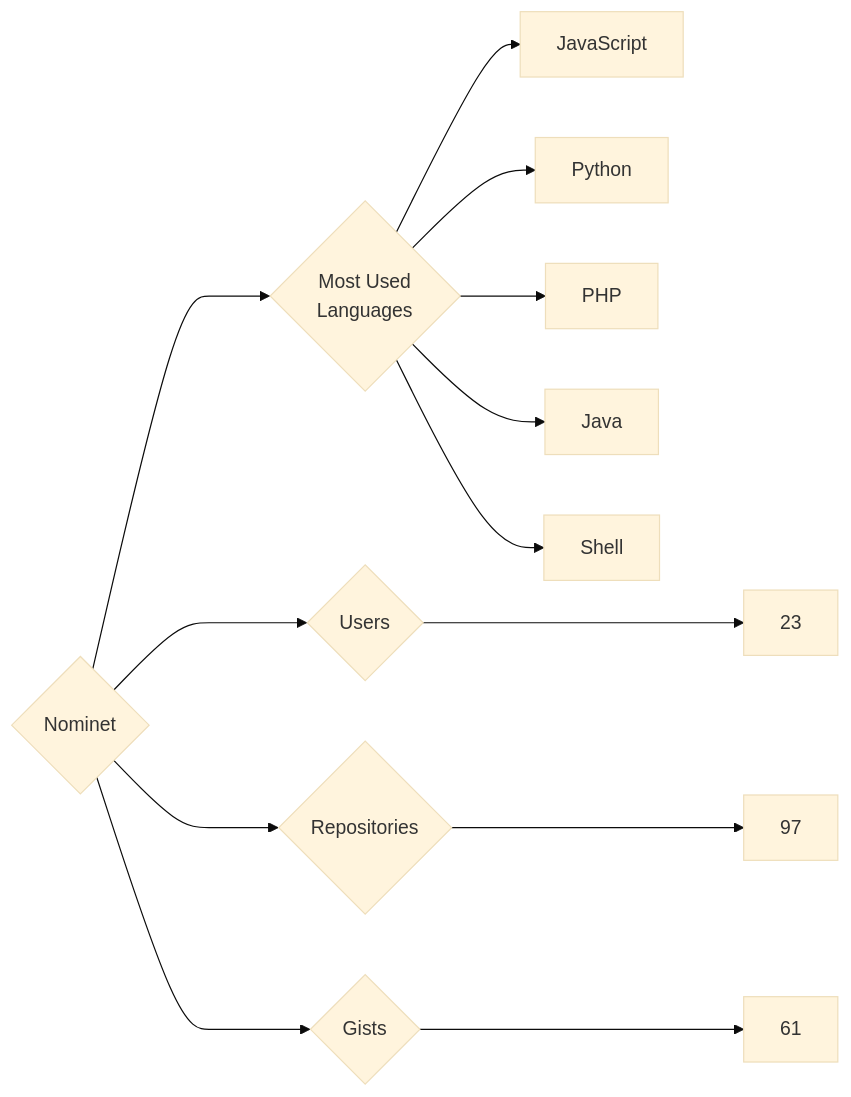
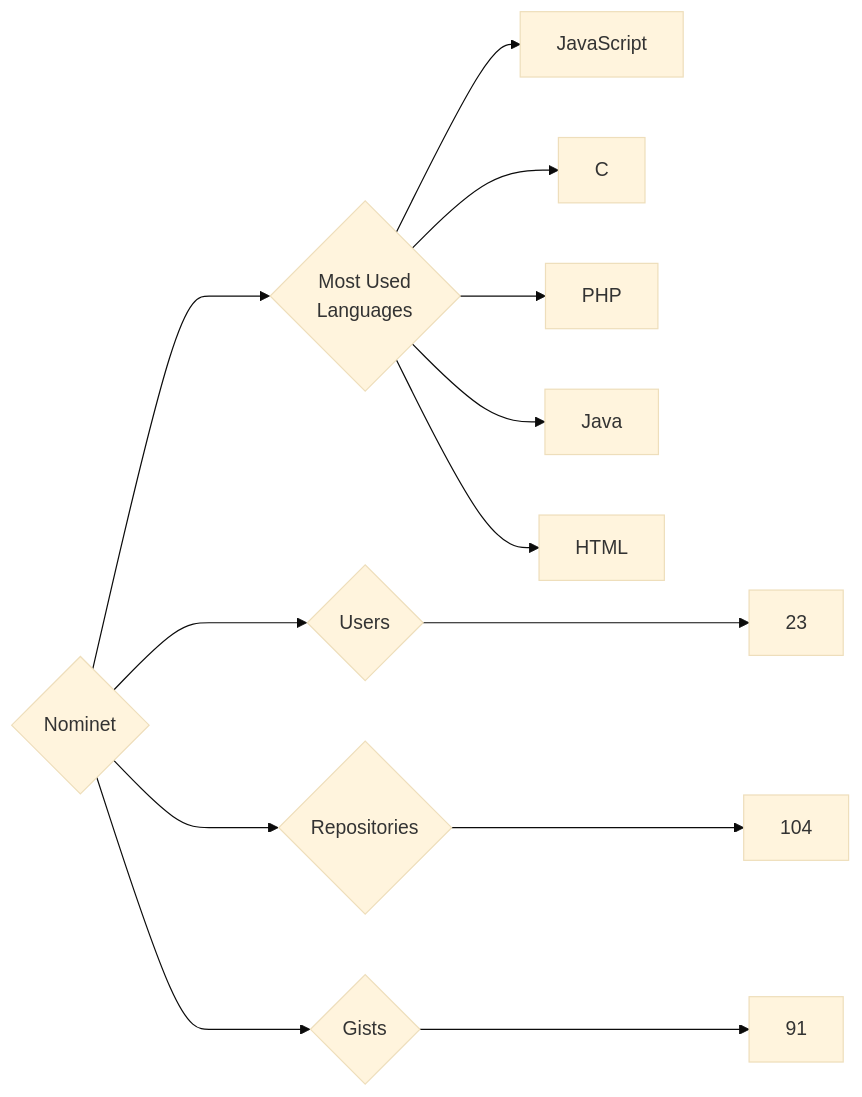
Before and after one commit to trickest/insiders: the diagram in targets/Nominet/README.md, drawn with Mermaid (base theme). The commit also changed 928 other files, not shown here.

````diff
--- a/targets/Nominet/README.md
+++ b/targets/Nominet/README.md
@@ -3,13 +3,13 @@
 ```mermaid
 graph LR
 COMPANY_NAME{Nominet}
 COMPANY_NAME ---> U{Users} ---> UN[23]
-COMPANY_NAME ---> R{Repositories} ---> RN[97]
-COMPANY_NAME ---> G{Gists} ---> GN[61]
+COMPANY_NAME ---> R{Repositories} ---> RN[104]
+COMPANY_NAME ---> G{Gists} ---> GN[91]
 COMPANY_NAME ---> ML{Most Used<br>Languages}
 ML --> JavaScript[JavaScript]
-ML --> Python[Python]
+ML --> C[C]
 ML --> PHP[PHP]
 ML --> Java[Java]
-ML --> Shell[Shell]
+ML --> HTML[HTML]
 ```
````
